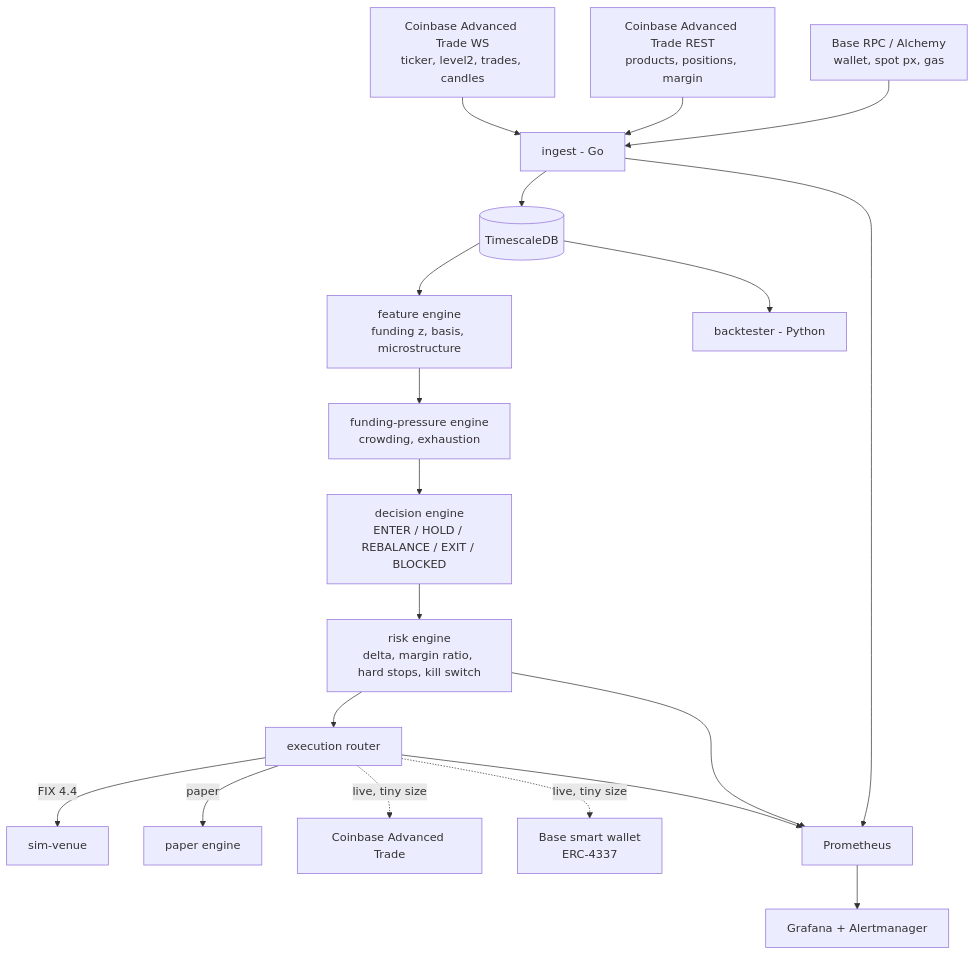
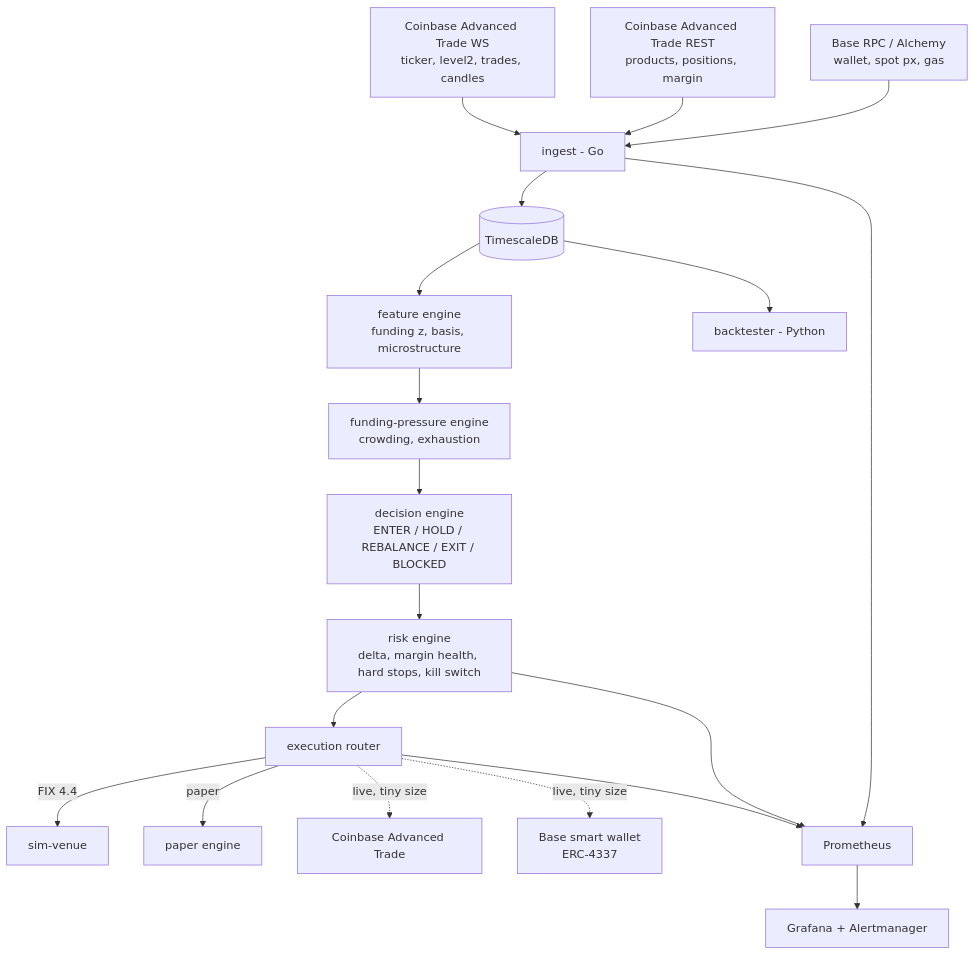
Before and after one commit to Jason-Dorman/funding-carry: the diagram in README.md, drawn with Mermaid. The commit also changed other lines of this file and 43 other files, not shown here.

````diff
--- a/README.md
+++ b/README.md
@@ -11,21 +11,21 @@
 ```mermaid
 graph TD
     CBWS["Coinbase Advanced Trade WS<br/>ticker, level2, trades, candles"] --> ING[ingest - Go]
     CBREST["Coinbase Advanced Trade REST<br/>products, positions, margin"] --> ING
     BASE[Base RPC / Alchemy<br/>wallet, spot px, gas] --> ING
     ING --> TS[(TimescaleDB)]
     TS --> FE[feature engine<br/>funding z, basis, microstructure]
     FE --> FPE[funding-pressure engine<br/>crowding, exhaustion]
     FPE --> DEC[decision engine<br/>ENTER / HOLD / REBALANCE / EXIT / BLOCKED]
-    DEC --> RISK[risk engine<br/>delta, margin ratio, hard stops, kill switch]
+    DEC --> RISK[risk engine<br/>delta, margin health, hard stops, kill switch]
     RISK --> EXEC[execution router]
     EXEC -->|FIX 4.4| SIM[sim-venue]
     EXEC -->|paper| PAPER[paper engine]
     EXEC -.->|live, tiny size| CBLIVE[Coinbase Advanced Trade]
     EXEC -.->|live, tiny size| ALCH[Base smart wallet<br/>ERC-4337]
     TS --> BT[backtester - Python]
     ING --> PROM[Prometheus]
     EXEC --> PROM
     RISK --> PROM
     PROM --> GRAF[Grafana + Alertmanager]
 ```
````
